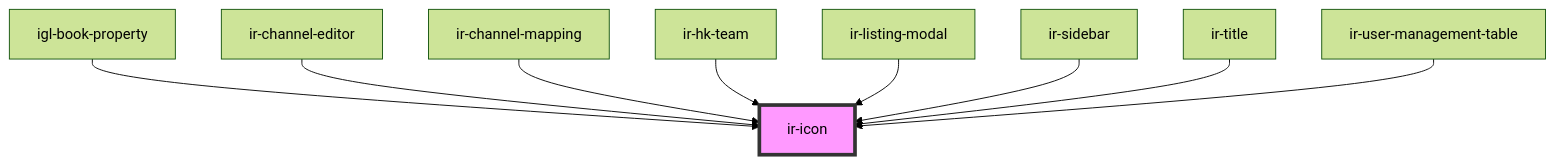
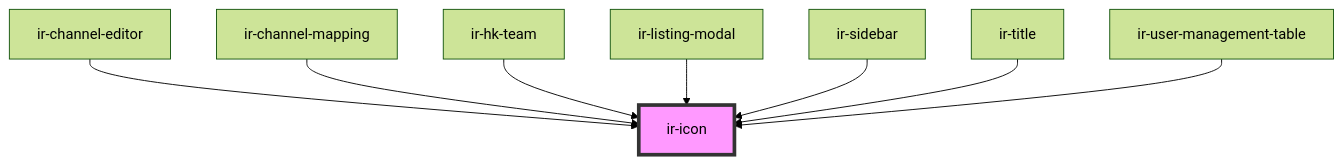
Before and after one commit to David1Chowaifaty/modified-ir-webcmp: the diagram in src/components/ui/ir-icon/readme.md, drawn with Mermaid (forest theme). The commit also changed other lines of this file and 20 other files, not shown here.

First line of the commit message:
Refactor igl-book-property and igloo-calendar components to replace ir-icon with ir-custom-button

````diff
--- a/src/components/ui/ir-icon/readme.md
+++ b/src/components/ui/ir-icon/readme.md
@@ -37,12 +36,11 @@
 ```mermaid
 graph TD;
-  igl-book-property --> ir-icon
   ir-channel-editor --> ir-icon
   ir-channel-mapping --> ir-icon
   ir-hk-team --> ir-icon
   ir-listing-modal --> ir-icon
   ir-sidebar --> ir-icon
   ir-title --> ir-icon
   ir-user-management-table --> ir-icon
   style ir-icon fill:#f9f,stroke:#333,stroke-width:4px
 ```
````
